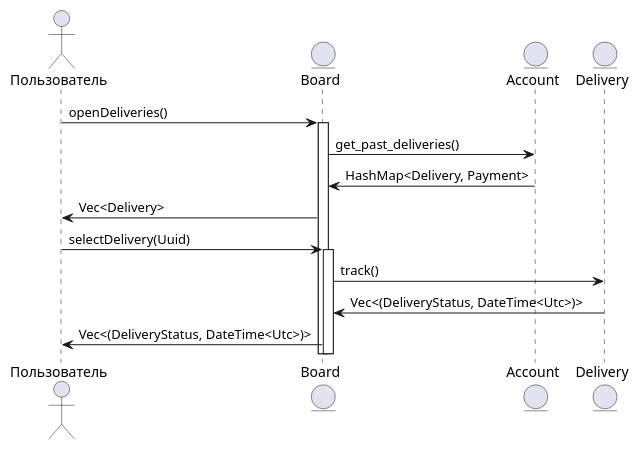
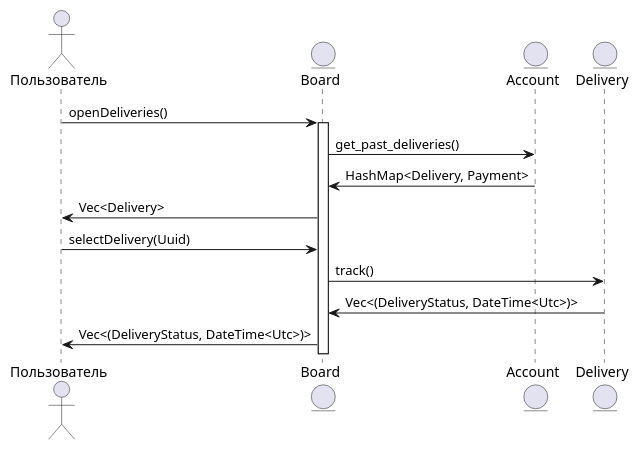
One commit to penamarth/bsbo-01-22_team1_var13 changed the diagram in Диаграмма последовательности Отслеживание доставки.md. Above: the diagram before and after it, drawn with PlantUML.

Commit message:
Update Диаграмма последовательности Отслеживание доставки.md

````diff
--- a/Диаграмма последовательности Отслеживание доставки.md
+++ b/Диаграмма последовательности Отслеживание доставки.md
@@ -1,22 +1,21 @@
 ```plantuml
 @startuml
 
 actor Пользователь
 entity Board
 entity Account
 entity Delivery
 
 Пользователь -> Board : openDeliveries()
 activate Board
 Board -> Account : get_past_deliveries()
 Board <- Account : HashMap<Delivery, Payment>
 Пользователь <- Board : Vec<Delivery>
 
 Пользователь -> Board : selectDelivery(Uuid)
-activate Board
 Board -> Delivery : track()
 Board <- Delivery : Vec<(DeliveryStatus, DateTime<Utc>)>
 Пользователь <- Board : Vec<(DeliveryStatus, DateTime<Utc>)>
 
 @enduml
 ```
````
